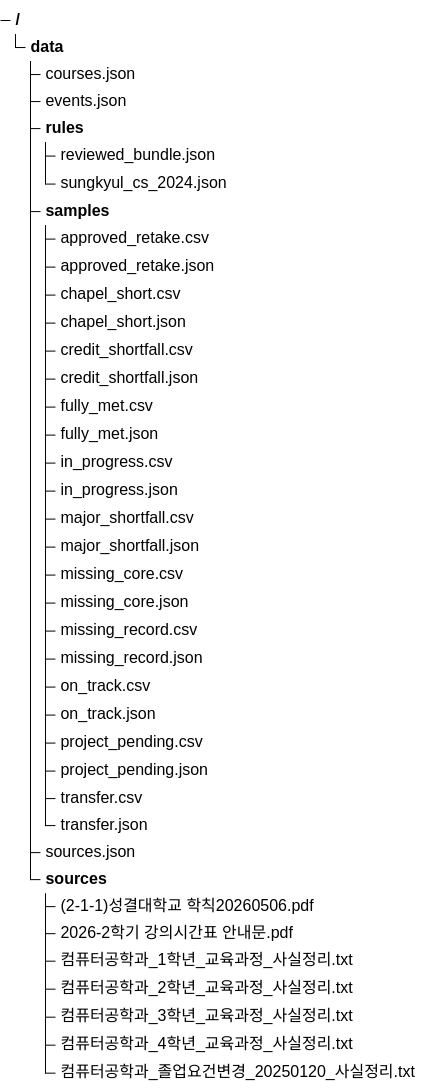
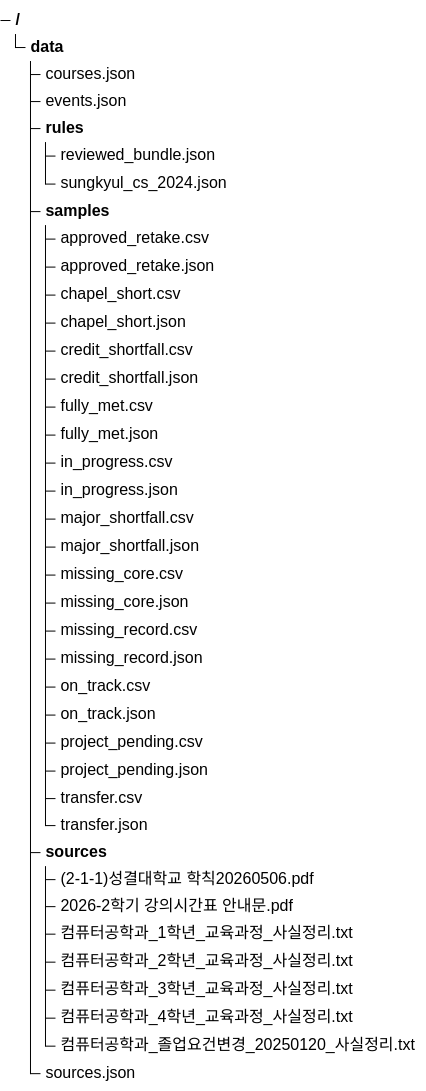
The fifth of 9 diagrams in docs/프로젝트_구조도.md (on21life-google/jolup-graduation-agent), drawn with Mermaid before and after one commit. The commit also changed other lines of this file and 50 other files, not shown here.

````diff
--- a/docs/프로젝트_구조도.md
+++ b/docs/프로젝트_구조도.md
@@ -198,41 +231,41 @@
 ```mermaid
 treeView-beta
     "data/"
         "courses.json"
         "events.json"
         "rules/"
             "reviewed_bundle.json"
             "sungkyul_cs_2024.json"
         "samples/"
             "approved_retake.csv"
             "approved_retake.json"
             "chapel_short.csv"
             "chapel_short.json"
             "credit_shortfall.csv"
             "credit_shortfall.json"
             "fully_met.csv"
             "fully_met.json"
             "in_progress.csv"
             "in_progress.json"
             "major_shortfall.csv"
             "major_shortfall.json"
             "missing_core.csv"
             "missing_core.json"
             "missing_record.csv"
             "missing_record.json"
             "on_track.csv"
             "on_track.json"
             "project_pending.csv"
             "project_pending.json"
             "transfer.csv"
             "transfer.json"
-        "sources.json"
         "sources/"
             "(2-1-1)성결대학교 학칙20260506.pdf"
             "2026-2학기 강의시간표 안내문.pdf"
             "컴퓨터공학과_1학년_교육과정_사실정리.txt"
             "컴퓨터공학과_2학년_교육과정_사실정리.txt"
             "컴퓨터공학과_3학년_교육과정_사실정리.txt"
             "컴퓨터공학과_4학년_교육과정_사실정리.txt"
             "컴퓨터공학과_졸업요건변경_20250120_사실정리.txt"
+        "sources.json"
 ```
````
